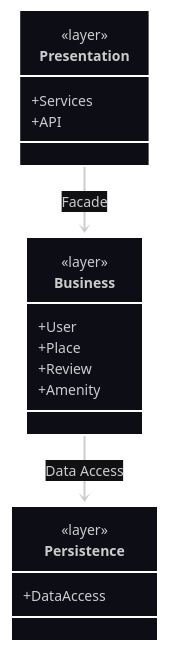
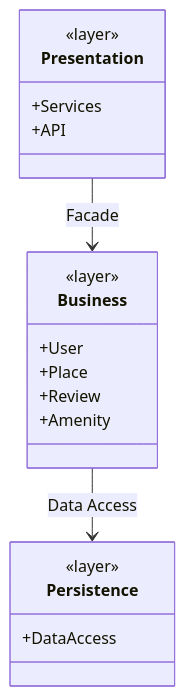
One commit to feratholberton/holbertonschool-hbnb changed the first of 6 diagrams in README.md. Above: the diagram before and after it, drawn with Mermaid. The commit also changed other lines of this file, not shown here.

Commit message:
User registration sequence

````diff
--- a/README.md
+++ b/README.md
@@ -5,29 +5,24 @@
 ```mermaid
----
-config:
-  theme: redux-dark
-  look: neo
----
 classDiagram
 class Presentation {
     <<layer>>
     +Services
     +API
 }
 
 class Business {
     <<layer>>
     +User
     +Place
     +Review
     +Amenity
 }
 
 class Persistence {
     <<layer>>
     +DataAccess
 }
 
 Presentation --> Business : Facade
 Business --> Persistence : Data Access
 ```
````
